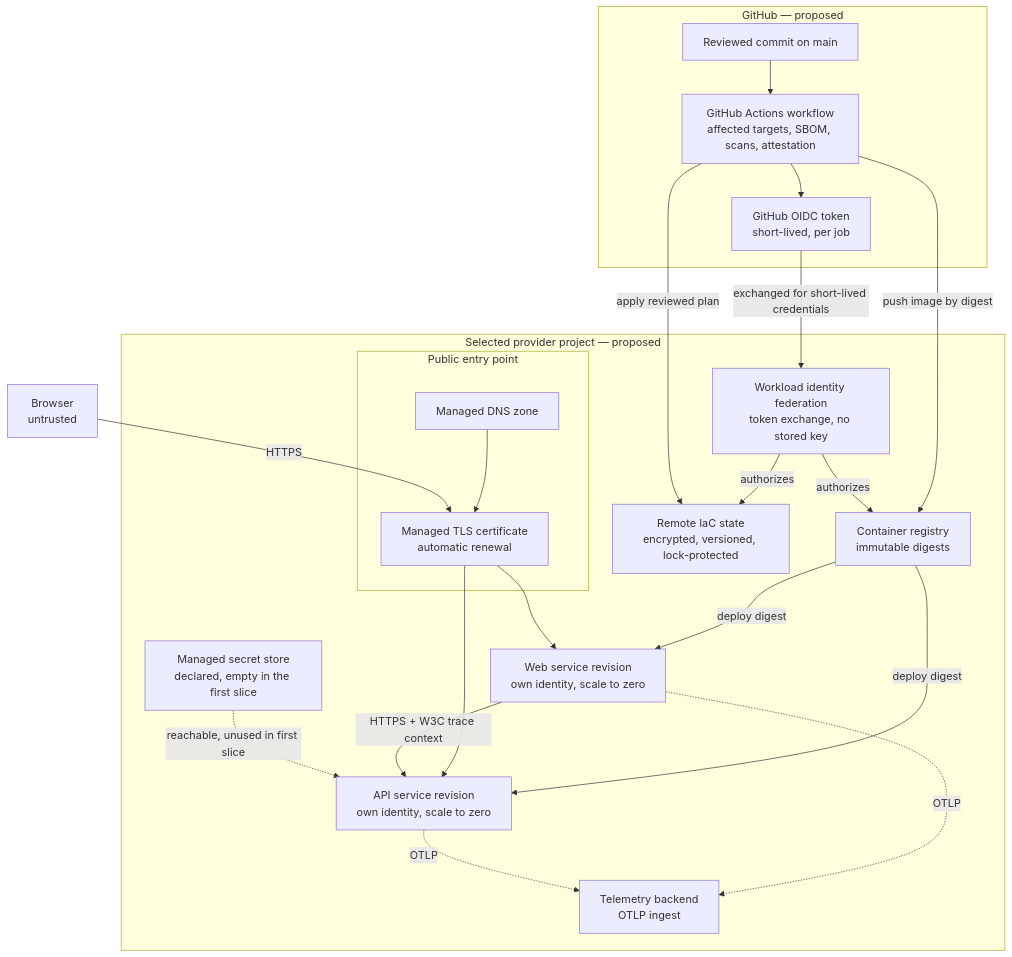
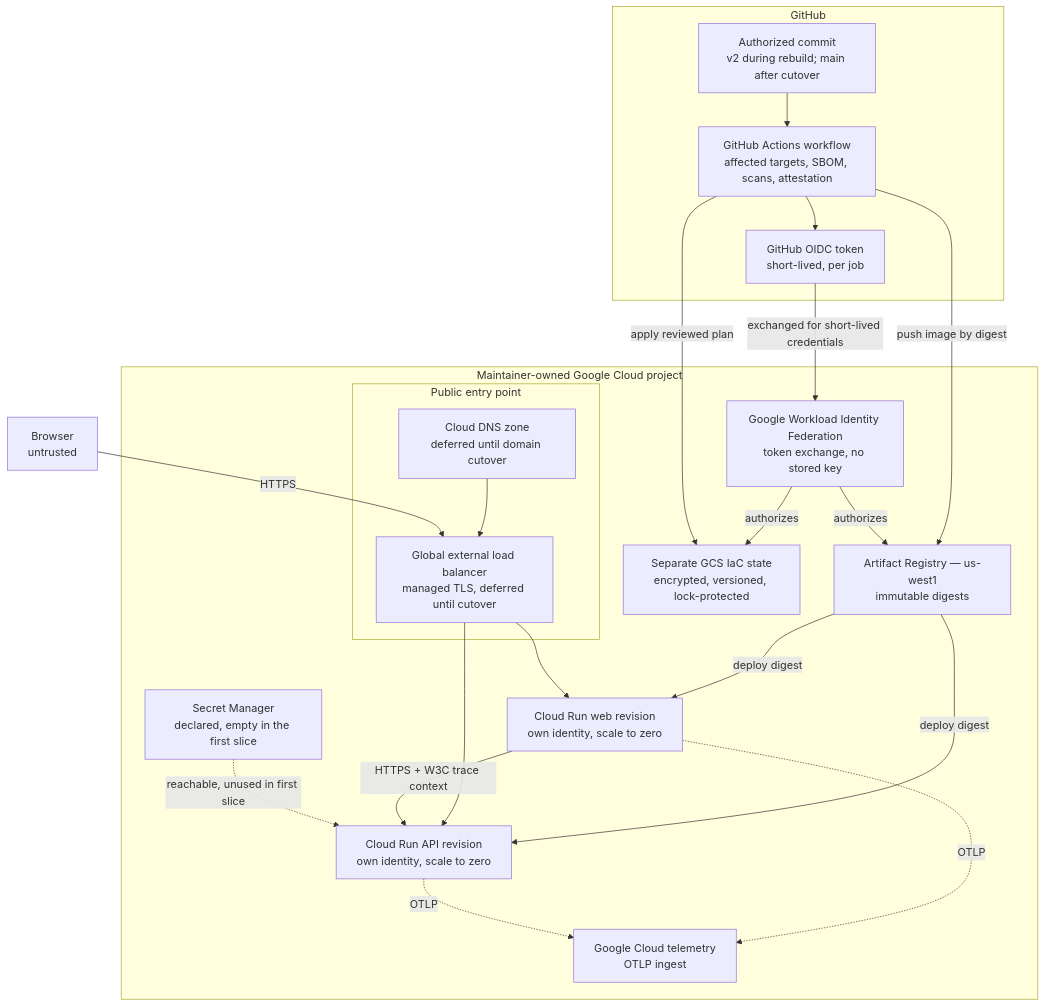
Before and after one commit to money-noodle/money-noodle: the first of 3 diagrams in docs/operations/deployment-composition.md, drawn with Mermaid. The commit also changed other lines of this file and 8 other files, not shown here.

Commit message:
Accept first remote deployment composition

````diff
--- a/docs/operations/deployment-composition.md
+++ b/docs/operations/deployment-composition.md
@@ -262,44 +263,44 @@
 ```mermaid
 flowchart TB
-    subgraph github["GitHub — proposed"]
-        commit["Reviewed commit on main"]
+    subgraph github["GitHub"]
+        commit["Authorized commit<br/>v2 during rebuild; main after cutover"]
         actions["GitHub Actions workflow<br/>affected targets, SBOM, scans, attestation"]
         oidc["GitHub OIDC token<br/>short-lived, per job"]
     end
 
-    subgraph provider["Selected provider project — proposed"]
-        wif["Workload identity federation<br/>token exchange, no stored key"]
-        registry["Container registry<br/>immutable digests"]
-        iacstate["Remote IaC state<br/>encrypted, versioned, lock-protected"]
-        secrets["Managed secret store<br/>declared, empty in the first slice"]
+    subgraph provider["Maintainer-owned Google Cloud project"]
+        wif["Google Workload Identity Federation<br/>token exchange, no stored key"]
+        registry["Artifact Registry — us-west1<br/>immutable digests"]
+        iacstate["Separate GCS IaC state<br/>encrypted, versioned, lock-protected"]
+        secrets["Secret Manager<br/>declared, empty in the first slice"]
 
         subgraph entry["Public entry point"]
-            dnszone["Managed DNS zone"]
-            tls["Managed TLS certificate<br/>automatic renewal"]
+            dnszone["Cloud DNS zone<br/>deferred until domain cutover"]
+            tls["Global external load balancer<br/>managed TLS, deferred until cutover"]
         end
 
-        webSvc["Web service revision<br/>own identity, scale to zero"]
-        apiSvc["API service revision<br/>own identity, scale to zero"]
-        otel["Telemetry backend<br/>OTLP ingest"]
+        webSvc["Cloud Run web revision<br/>own identity, scale to zero"]
+        apiSvc["Cloud Run API revision<br/>own identity, scale to zero"]
+        otel["Google Cloud telemetry<br/>OTLP ingest"]
     end
 
     browser["Browser<br/>untrusted"]
 
     commit --> actions
     actions --> oidc
     oidc -->|exchanged for short-lived credentials| wif
     actions -->|push image by digest| registry
     wif -->|authorizes| registry
     wif -->|authorizes| iacstate
     actions -->|apply reviewed plan| iacstate
     registry -->|deploy digest| webSvc
     registry -->|deploy digest| apiSvc
     dnszone --> tls
     tls --> webSvc
     tls --> apiSvc
     browser -->|HTTPS| tls
     webSvc -->|HTTPS + W3C trace context| apiSvc
     secrets -. "reachable, unused in first slice" .-> apiSvc
     webSvc -. "OTLP" .-> otel
     apiSvc -. "OTLP" .-> otel
 ```
````
